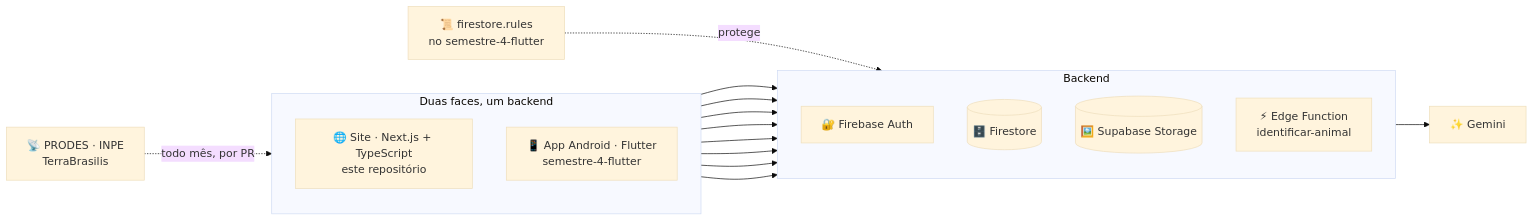
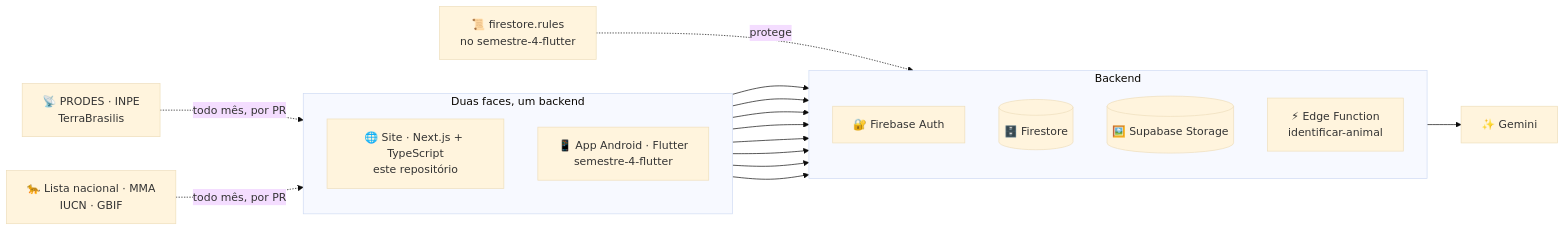
The diagram in README.md (ecomap-devs/semestre-4-nextjs), drawn with Mermaid (base theme) before and after one commit. The commit also changed other lines of this file and 9 other files, not shown here.

First line of the commit message:
Trocar os dados fictícios das espécies pela lista do MMA e pela IUCN

````diff
--- a/README.md
+++ b/README.md
@@ -35,20 +36,21 @@
 ```mermaid
 flowchart LR
     subgraph faces[Duas faces, um backend]
         direction TB
         web["🌐 Site · Next.js + TypeScript<br/>este repositório"]
         app["📱 App Android · Flutter<br/>semestre-4-flutter"]
     end
     subgraph backend[Backend]
         direction TB
         auth[🔐 Firebase Auth]
         fs[(🗄️ Firestore)]
         sb[(🖼️ Supabase Storage)]
         fn["⚡ Edge Function<br/>identificar-animal"]
     end
     web --> auth & fs & sb & fn
     app --> auth & fs & sb & fn
     fn --> gemini["✨ Gemini"]
     regras["📜 firestore.rules<br/>no semestre-4-flutter"] -. protege .-> fs
     inpe["📡 PRODES · INPE<br/>TerraBrasilis"] -. todo mês, por PR .-> web
+    mma["🐆 Lista nacional · MMA<br/>IUCN · GBIF"] -. todo mês, por PR .-> web
 ```
````
